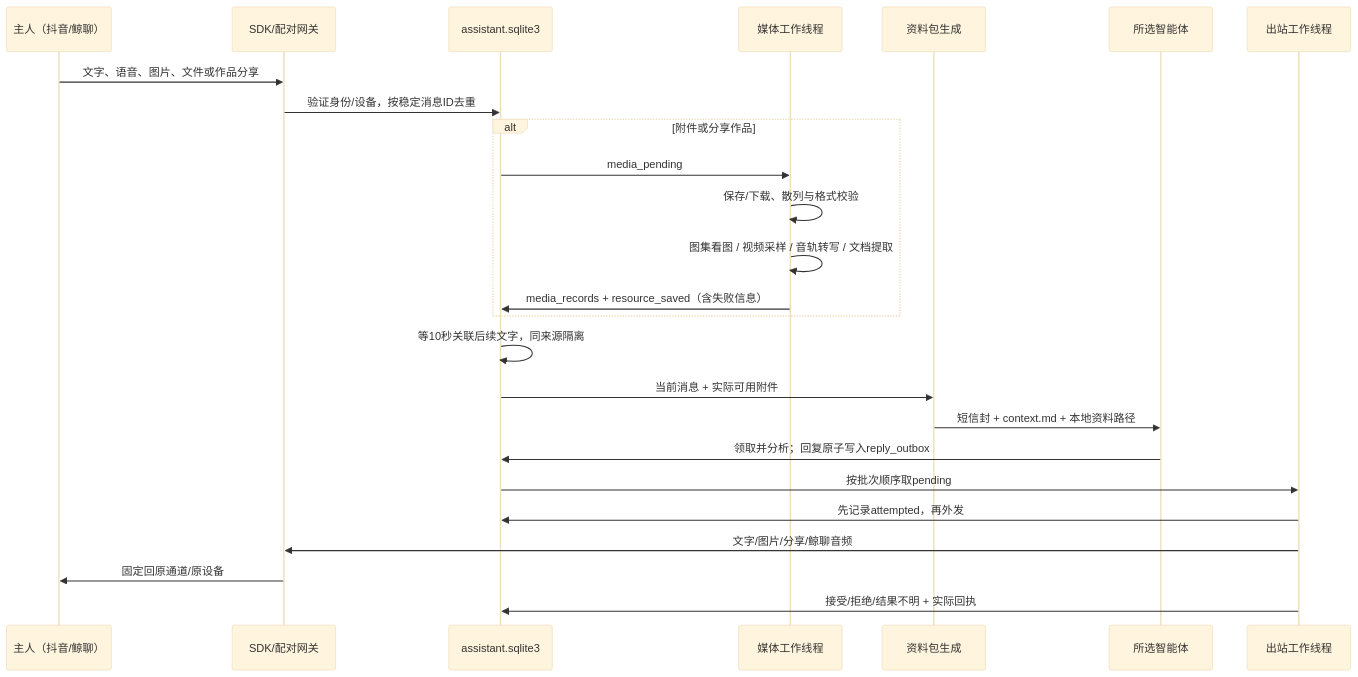
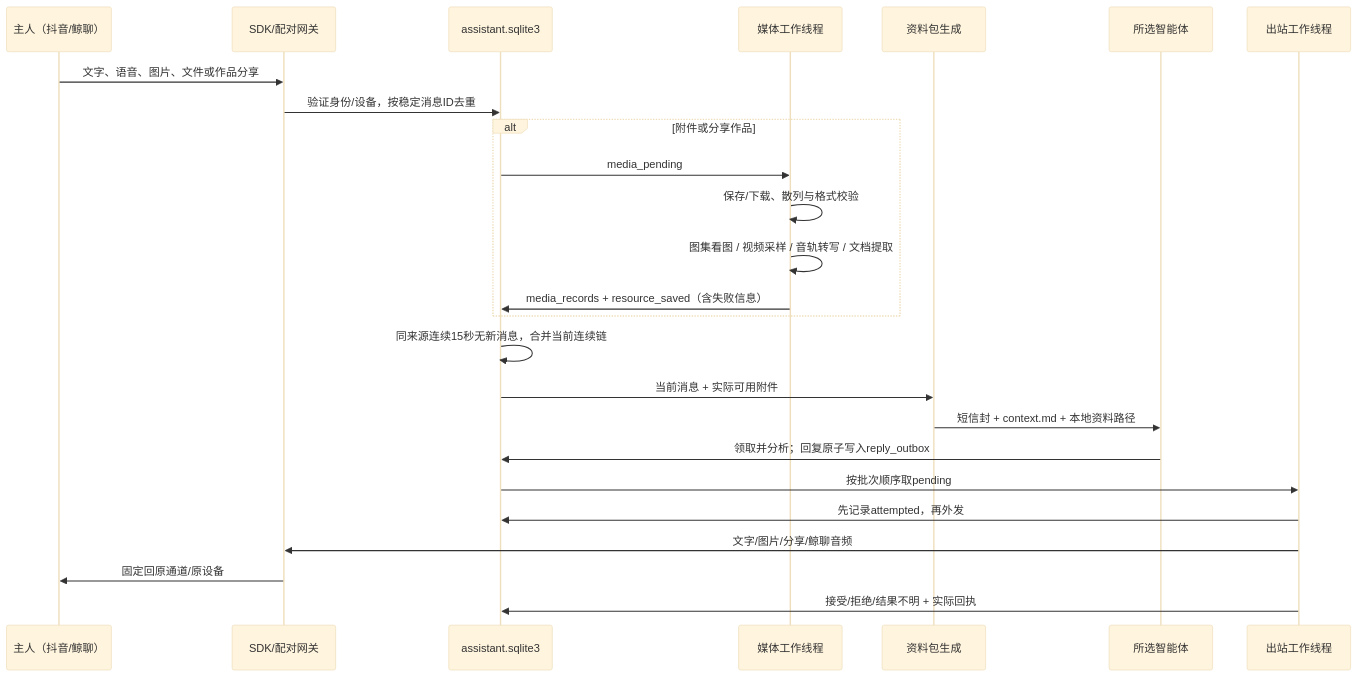
One commit to wugaixu/feiyu-assistant changed the diagram in docs/ARCHITECTURE.md. Above: the diagram before and after it, drawn with Mermaid (base theme). The commit also changed other lines of this file and 52 other files, not shown here.

````diff
--- a/docs/ARCHITECTURE.md
+++ b/docs/ARCHITECTURE.md
@@ -21,27 +21,27 @@
 ```mermaid
 sequenceDiagram
     participant U as 主人（抖音/鲸聊）
     participant I as SDK/配对网关
     participant DB as assistant.sqlite3
     participant M as 媒体工作线程
     participant P as 资料包生成
     participant A as 所选智能体
     participant O as 出站工作线程
     U->>I: 文字、语音、图片、文件或作品分享
     I->>DB: 验证身份/设备，按稳定消息ID去重
     alt 附件或分享作品
         DB->>M: media_pending
         M->>M: 保存/下载、散列与格式校验
         M->>M: 图集看图 / 视频采样 / 音轨转写 / 文档提取
         M->>DB: media_records + resource_saved（含失败信息）
     end
-    DB->>DB: 等10秒关联后续文字，同来源隔离
+    DB->>DB: 同来源连续15秒无新消息，合并当前连续链
     DB->>P: 当前消息 + 实际可用附件
     P->>A: 短信封 + context.md + 本地资料路径
     A->>DB: 领取并分析；回复原子写入reply_outbox
     DB->>O: 按批次顺序取pending
     O->>DB: 先记录attempted，再外发
     O->>I: 文字/图片/分享/鲸聊音频
     I->>U: 固定回原通道/原设备
     O->>DB: 接受/拒绝/结果不明 + 实际回执
 ```
````
